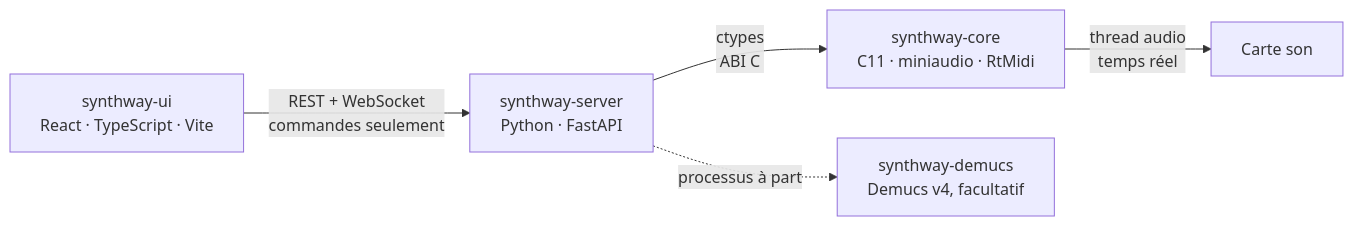
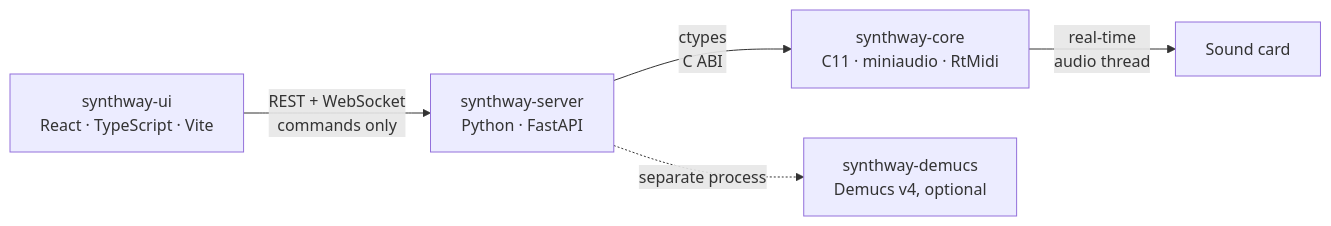
Before and after one commit to ArthurCovanov/Synthway: the diagram in README.md, drawn with Mermaid. The commit also changed other lines of this file and 45 other files, not shown here.

````diff
--- a/README.md
+++ b/README.md
@@ -61,13 +66,13 @@
 ```mermaid
 flowchart LR
     UI["synthway-ui<br/>React · TypeScript · Vite"]
     Server["synthway-server<br/>Python · FastAPI"]
     Core["synthway-core<br/>C11 · miniaudio · RtMidi"]
-    Demucs["synthway-demucs<br/>Demucs v4, facultatif"]
-    Out["Carte son"]
+    Demucs["synthway-demucs<br/>Demucs v4, optional"]
+    Out["Sound card"]
 
-    UI -- "REST + WebSocket<br/>commandes seulement" --> Server
-    Server -- "ctypes<br/>ABI C" --> Core
-    Server -. "processus à part" .-> Demucs
-    Core -- "thread audio<br/>temps réel" --> Out
+    UI -- "REST + WebSocket<br/>commands only" --> Server
+    Server -- "ctypes<br/>C ABI" --> Core
+    Server -. "separate process" .-> Demucs
+    Core -- "real-time<br/>audio thread" --> Out
 ```
````
